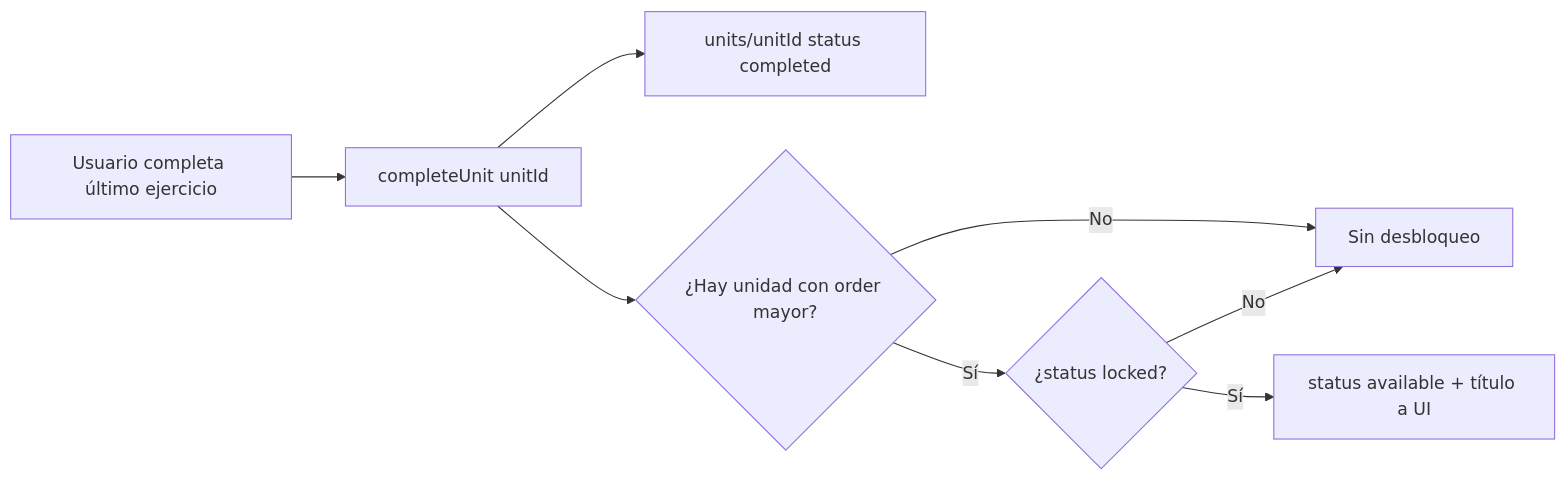
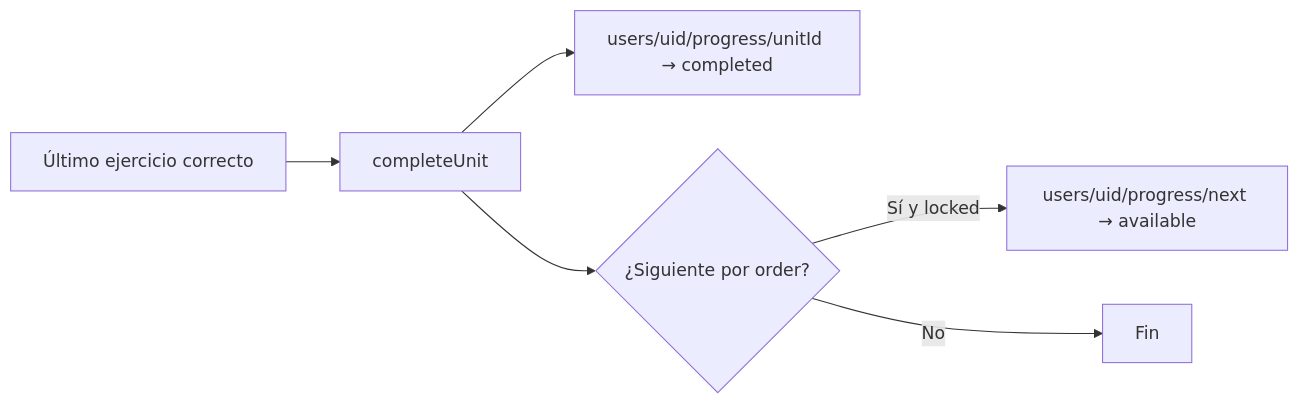
The second of 2 diagrams in docs/flujo-app.md (WilmerJT/Fondo), drawn with Mermaid before and after one commit. The commit also changed other lines of this file and 20 other files, not shown here.

````diff
--- a/docs/flujo-app.md
+++ b/docs/flujo-app.md
@@ -191,10 +312,8 @@
 ```mermaid
 flowchart LR
-  A[Usuario completa último ejercicio] --> B[completeUnit unitId]
-  B --> C[units/unitId status completed]
-  B --> D{¿Hay unidad con order mayor?}
-  D -->|No| E[Sin desbloqueo]
-  D -->|Sí| F{¿status locked?}
-  F -->|Sí| G[status available + título a UI]
-  F -->|No| E
+  A[Último ejercicio correcto] --> B[completeUnit]
+  B --> C["users/uid/progress/unitId → completed"]
+  B --> D{¿Siguiente por order?}
+  D -->|Sí y locked| E["users/uid/progress/next → available"]
+  D -->|No| F[Fin]
 ```
````
